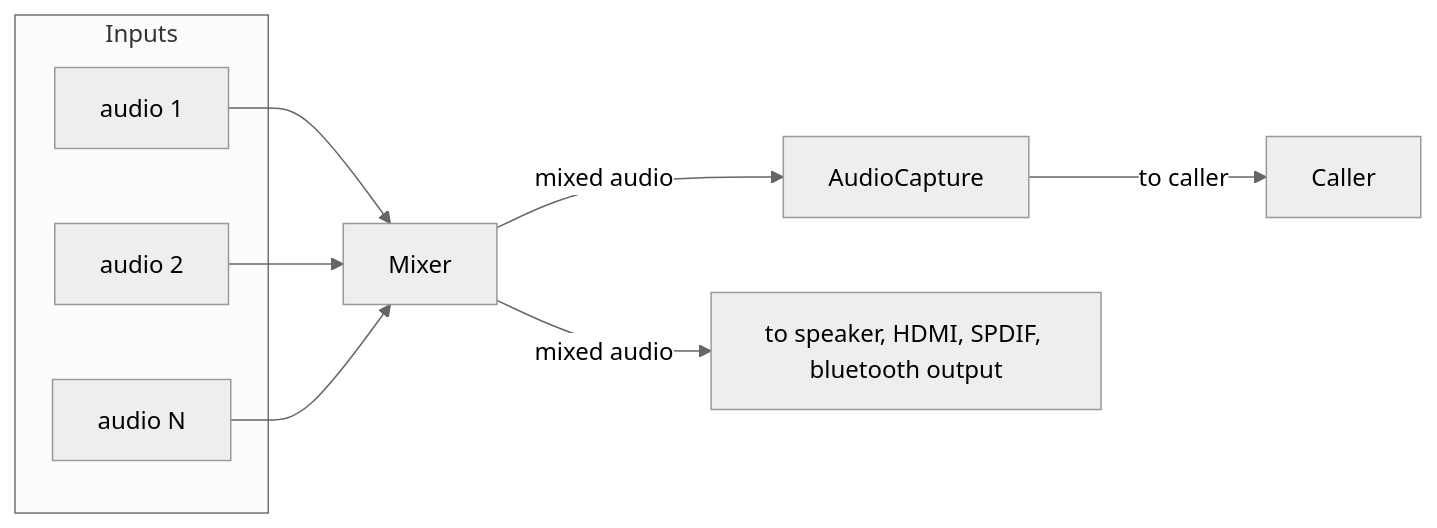
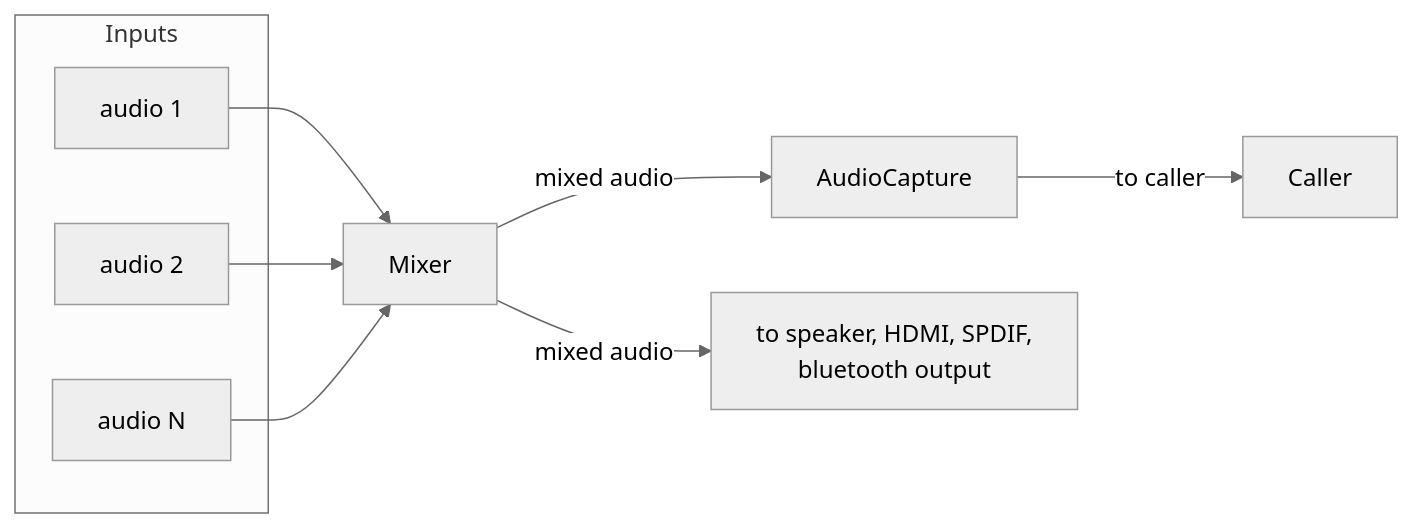
The first of 4 diagrams in docs/pages/rmf-audio-capture_halSpec.md (rdkcentral/rdk-halif-rmf_audio_capture), drawn with Mermaid (neutral theme) before and after one commit.

Commit message:
gh #8 minor update

````diff
--- a/docs/pages/rmf-audio-capture_halSpec.md
+++ b/docs/pages/rmf-audio-capture_halSpec.md
@@ -54,18 +54,19 @@
 ```mermaid
 flowchart LR
     subgraph Inputs
         A1["audio 1"]
         A2["audio 2"]
         AN["audio N"]
     end
 
     A1 --> Mixer
     A2 --> Mixer
     AN --> Mixer
 
     Mixer -->|mixed audio| AudioCapture
     AudioCapture -->|to caller| Caller
 
     Mixer -->|mixed audio| Output
-    Output["to speaker, HDMI, SPDIF, bluetooth output"]
+    Output["to speaker, HDMI, SPDIF,
+bluetooth output"]
  ```
````
